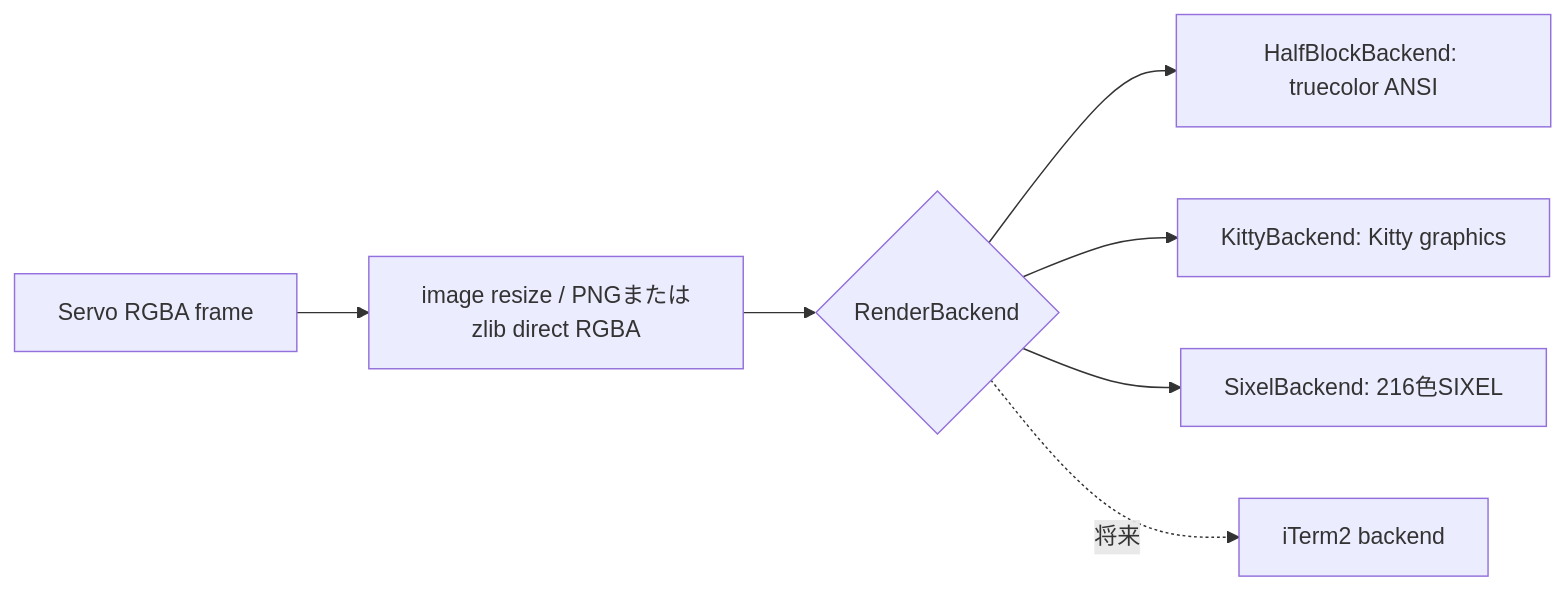
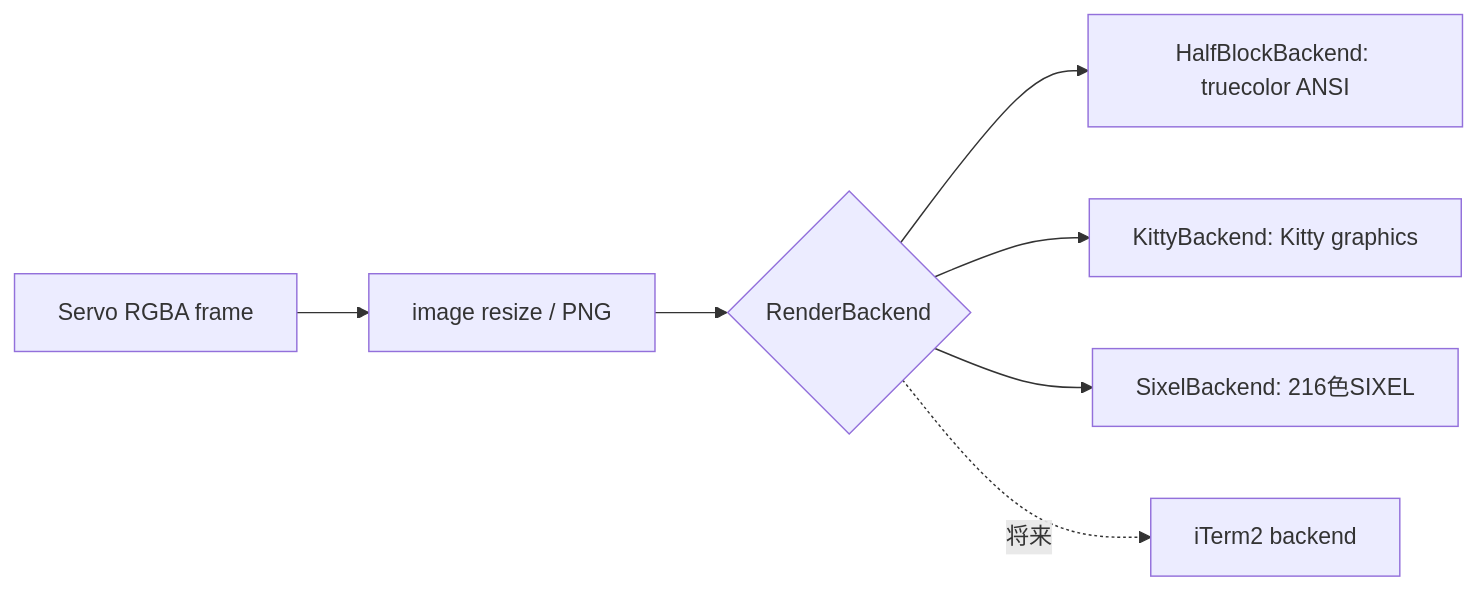
One commit to oyoguhito/fpasobrowser changed the fifth of 5 diagrams in docs/flow.ja.md. Above: the diagram before and after it, drawn with Mermaid. The commit also changed 12 other files, not shown here.

````diff
--- a/docs/flow.ja.md
+++ b/docs/flow.ja.md
@@ -98,9 +98,9 @@
 ```mermaid
 flowchart LR
-    A[Servo RGBA frame] --> B[image resize / PNGまたはzlib direct RGBA]
+    A[Servo RGBA frame] --> B[image resize / PNG]
     B --> C{RenderBackend}
     C --> D[HalfBlockBackend: truecolor ANSI]
     C --> E[KittyBackend: Kitty graphics]
     C --> F[SixelBackend: 216色SIXEL]
     C -. 将来 .-> G[iTerm2 backend]
 ```
````
